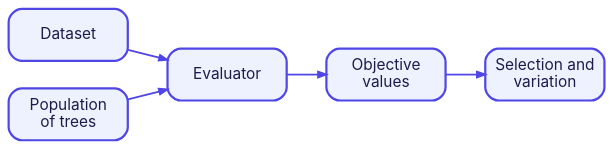
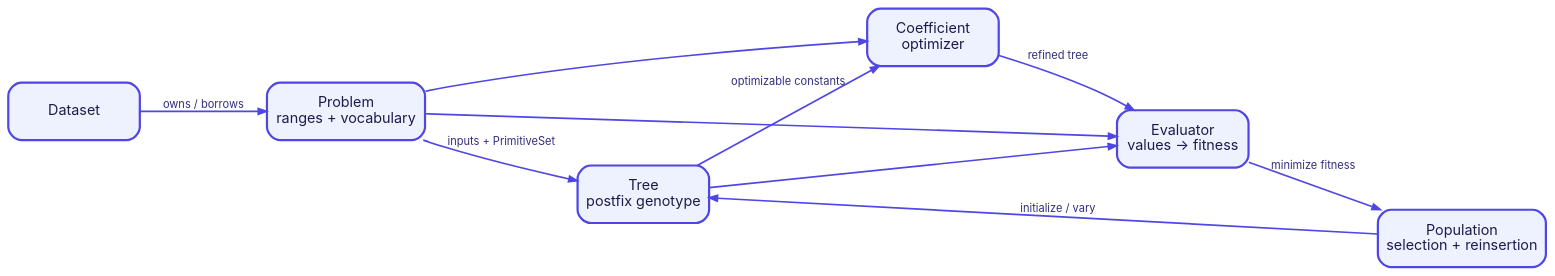
The diagram in docs/mkdocs/diagrams/overview.dot (heal-research/operon), drawn with Graphviz before and after one commit. The commit also changed 19 other files, not shown here.

Commit message:
Expand architecture and API documentation

```diff
--- a/docs/mkdocs/diagrams/overview.dot
+++ b/docs/mkdocs/diagrams/overview.dot
@@ -1,16 +1,22 @@
 digraph overview {
-  graph [rankdir=LR, bgcolor="transparent", nodesep=0.35, ranksep=0.5, pad=0.1];
-  node [shape=box, style="rounded,filled", fillcolor="#EEF2FF", color="#4F46E5", penwidth=2, fontname="Inter", fontsize=14, fontcolor="#1E1B4B", width=1.5, height=0.65, fixedsize=true];
-  edge [color="#4F46E5", penwidth=1.6, arrowsize=0.75];
+  graph [rankdir=LR, bgcolor="transparent", nodesep=0.4, ranksep=0.55, pad=0.12];
+  node [shape=box, style="rounded,filled", fillcolor="#EEF2FF", color="#4F46E5", penwidth=2, fontname="Inter", fontsize=13, fontcolor="#1E1B4B", width=1.65, height=0.72];
+  edge [color="#4F46E5", penwidth=1.5, arrowsize=0.75, fontname="Inter", fontsize=10, fontcolor="#312E81"];
 
   dataset [label="Dataset"];
-  population [label="Population\nof trees"];
-  evaluator [label="Evaluator"];
-  objectives [label="Objective\nvalues"];
-  variation [label="Selection and\nvariation"];
+  problem [label="Problem\nranges + vocabulary"];
+  tree [label="Tree\npostfix genotype"];
+  evaluator [label="Evaluator\nvalues → fitness"];
+  population [label="Population\nselection + reinsertion"];
+  optimizer [label="Coefficient\noptimizer"];
 
-  dataset -> evaluator;
-  population -> evaluator;
-  evaluator -> objectives;
-  objectives -> variation;
+  dataset -> problem [label="owns / borrows"];
+  problem -> tree [label="inputs + PrimitiveSet"];
+  tree -> evaluator;
+  problem -> evaluator;
+  evaluator -> population [label="minimize fitness"];
+  population -> tree [label="initialize / vary"];
+  tree -> optimizer [label="optimizable constants"];
+  problem -> optimizer;
+  optimizer -> evaluator [label="refined tree"];
 }
```
